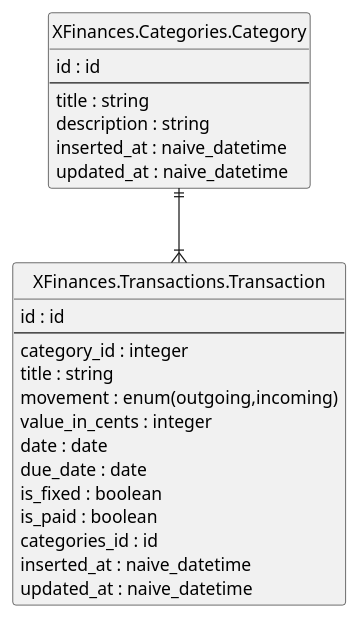
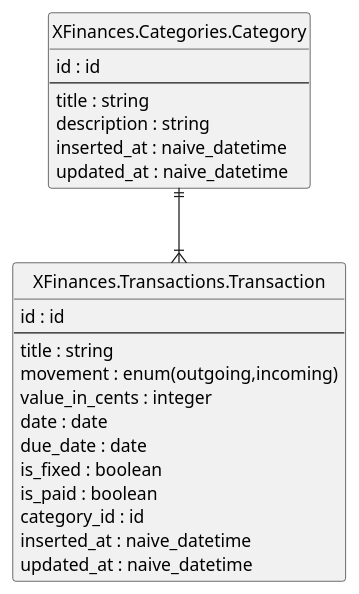
One commit to lpopedv/x_finances_api changed the diagram in priv/repo/erd.plantuml. Above: the diagram before and after it, drawn with PlantUML.

Commit message:
fix: adjust in key

```diff
--- a/priv/repo/erd.plantuml
+++ b/priv/repo/erd.plantuml
@@ -1,38 +1,37 @@
 @startuml
 
 set namespaceSeparator none
 hide circle
 hide methods
 
 skinparam linetype ortho
 skinparam defaultFontName Roboto Mono
 skinparam shadowing false
 
 
 entity XFinances.Categories.Category {
   id : id
   --
   title : string
   description : string
   inserted_at : naive_datetime
   updated_at : naive_datetime
 }
 
 entity XFinances.Transactions.Transaction {
   id : id
   --
-  category_id : integer
   title : string
   movement : enum(outgoing,incoming)
   value_in_cents : integer
   date : date
   due_date : date
   is_fixed : boolean
   is_paid : boolean
-  categories_id : id
+  category_id : id
   inserted_at : naive_datetime
   updated_at : naive_datetime
 }
 
 XFinances.Categories.Category ||--|{ XFinances.Transactions.Transaction
 @enduml
```
